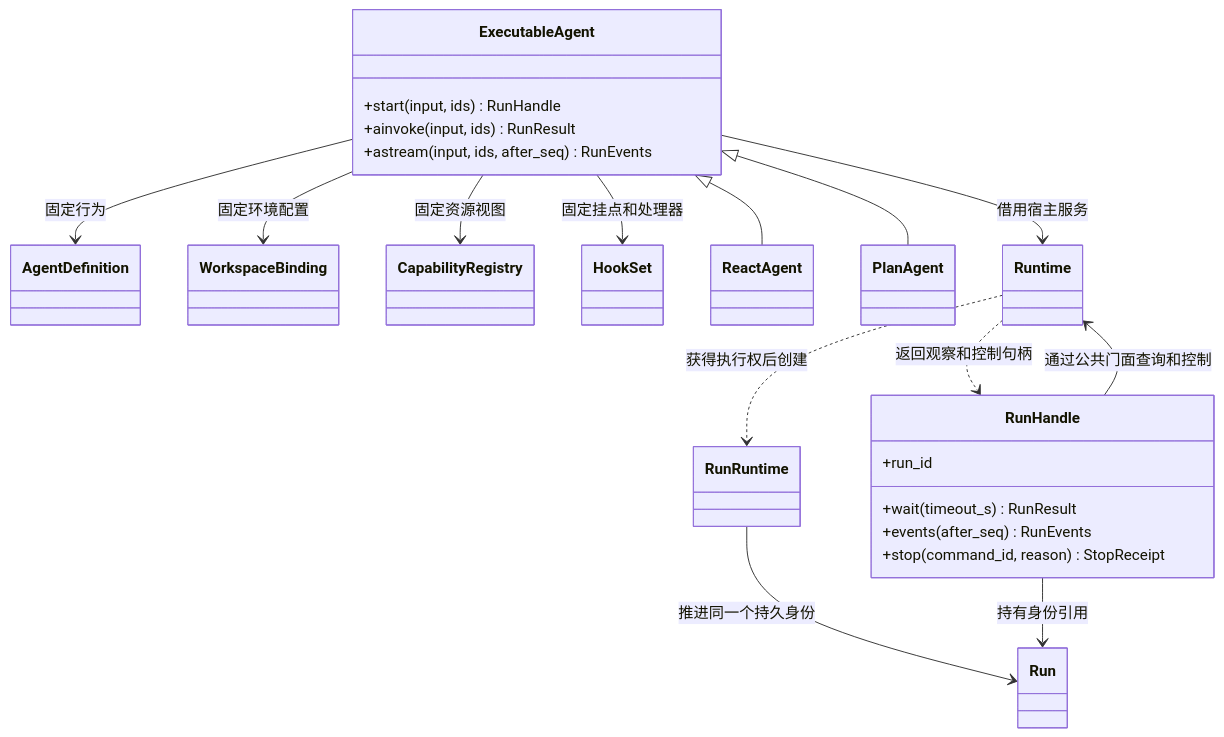
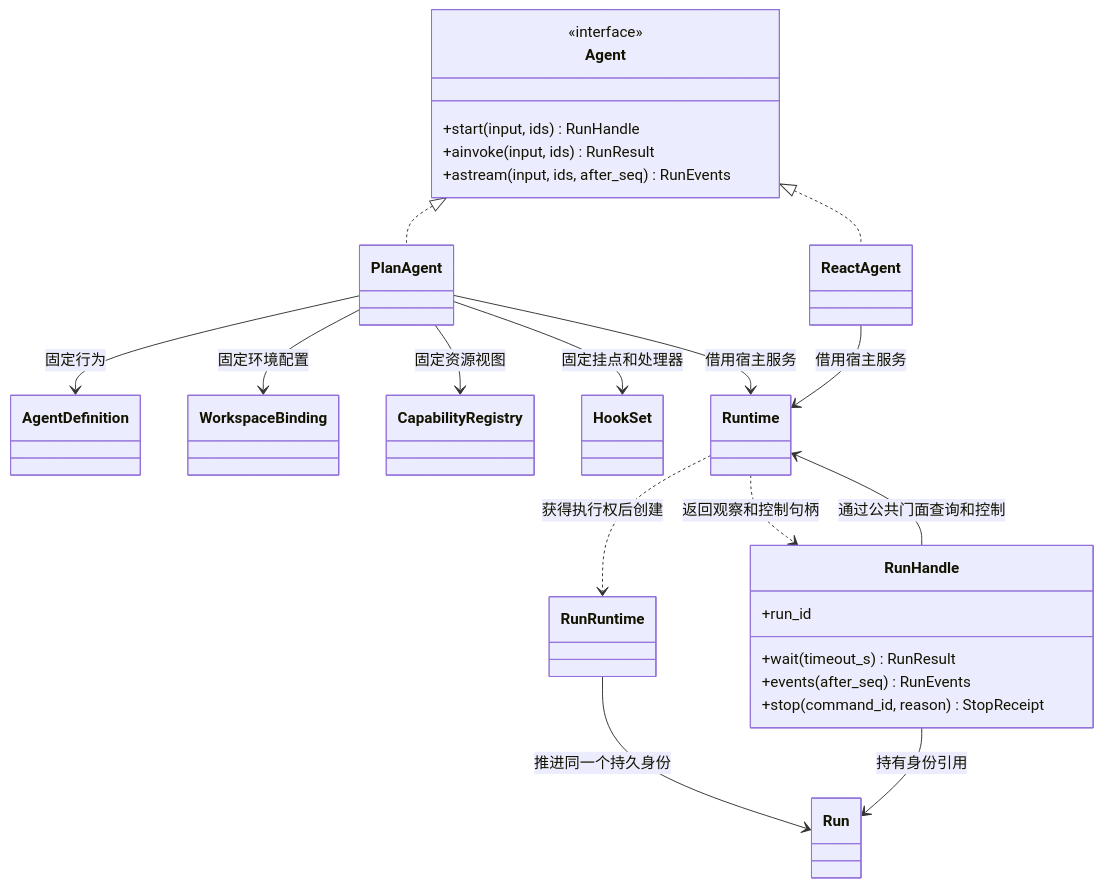
Before and after one commit to dujian0068/agent-loom: the first of 2 diagrams in docs/sdk/assembly.md, drawn with Mermaid. The commit also changed other lines of this file and 11 other files, not shown here.

Commit message:
docs: separate Agent API from graph node contracts

````diff
--- a/docs/sdk/assembly.md
+++ b/docs/sdk/assembly.md
@@ -16,35 +18,37 @@
 ```mermaid
 classDiagram
     class AgentDefinition
     class WorkspaceBinding
     class CapabilityRegistry
     class HookSet
-    class ExecutableAgent {
+    class Agent {
+      <<interface>>
       +start(input, ids) RunHandle
       +ainvoke(input, ids) RunResult
       +astream(input, ids, after_seq) RunEvents
     }
     class ReactAgent
     class PlanAgent
     class Runtime
     class RunHandle {
       +run_id
       +wait(timeout_s) RunResult
       +events(after_seq) RunEvents
       +stop(command_id, reason) StopReceipt
     }
     class RunRuntime
     class Run
-    ExecutableAgent <|-- ReactAgent
-    ExecutableAgent <|-- PlanAgent
-    ExecutableAgent --> AgentDefinition : 固定行为
-    ExecutableAgent --> WorkspaceBinding : 固定环境配置
-    ExecutableAgent --> CapabilityRegistry : 固定资源视图
-    ExecutableAgent --> HookSet : 固定挂点和处理器
-    ExecutableAgent --> Runtime : 借用宿主服务
+    Agent <|.. ReactAgent
+    Agent <|.. PlanAgent
+    PlanAgent --> AgentDefinition : 固定行为
+    PlanAgent --> WorkspaceBinding : 固定环境配置
+    PlanAgent --> CapabilityRegistry : 固定资源视图
+    PlanAgent --> HookSet : 固定挂点和处理器
+    PlanAgent --> Runtime : 借用宿主服务
+    ReactAgent --> Runtime : 借用宿主服务
     Runtime ..> RunRuntime : 获得执行权后创建
     Runtime ..> RunHandle : 返回观察和控制句柄
     RunRuntime --> Run : 推进同一个持久身份
     RunHandle --> Runtime : 通过公共门面查询和控制
     RunHandle --> Run : 持有身份引用
 ```
````
